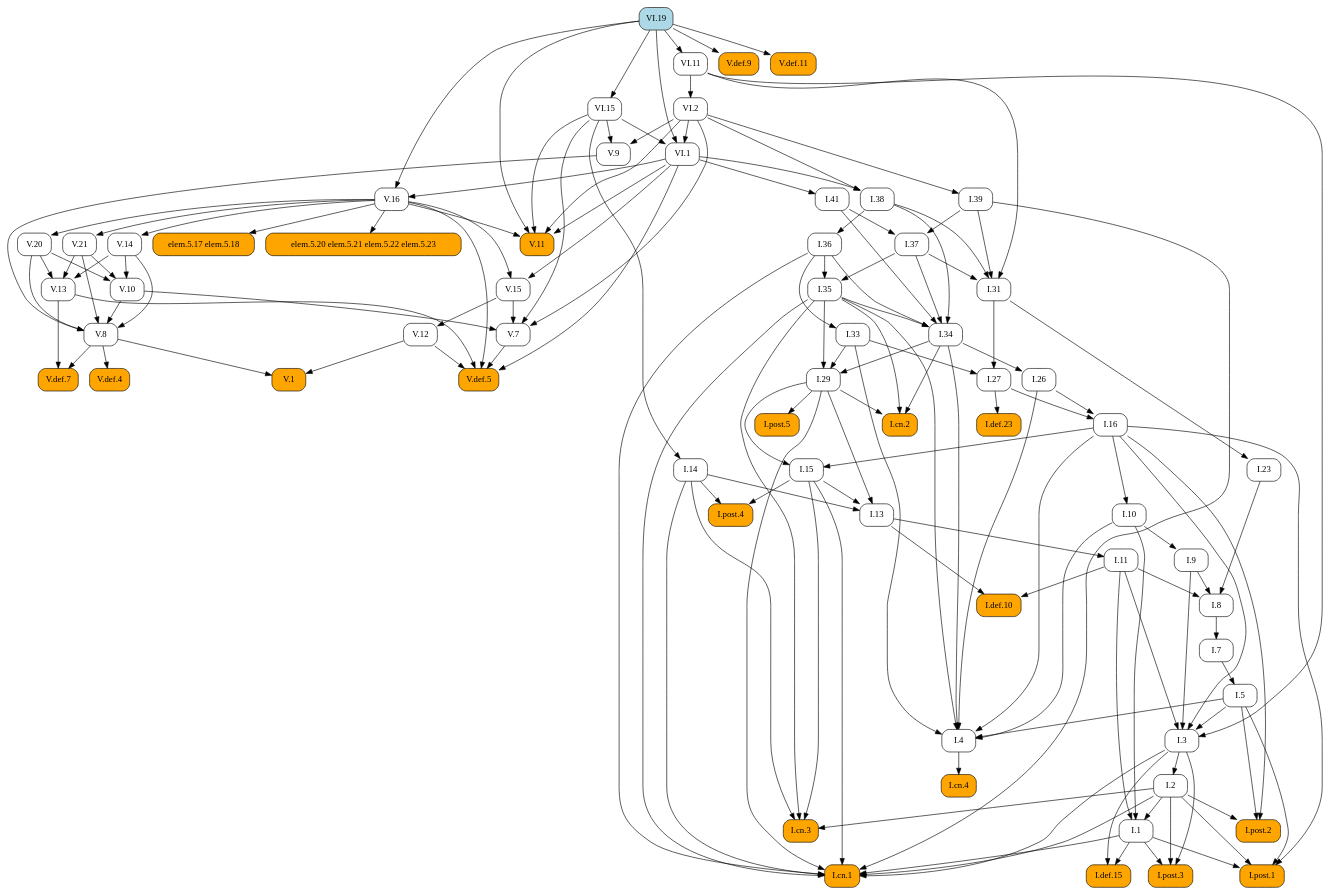
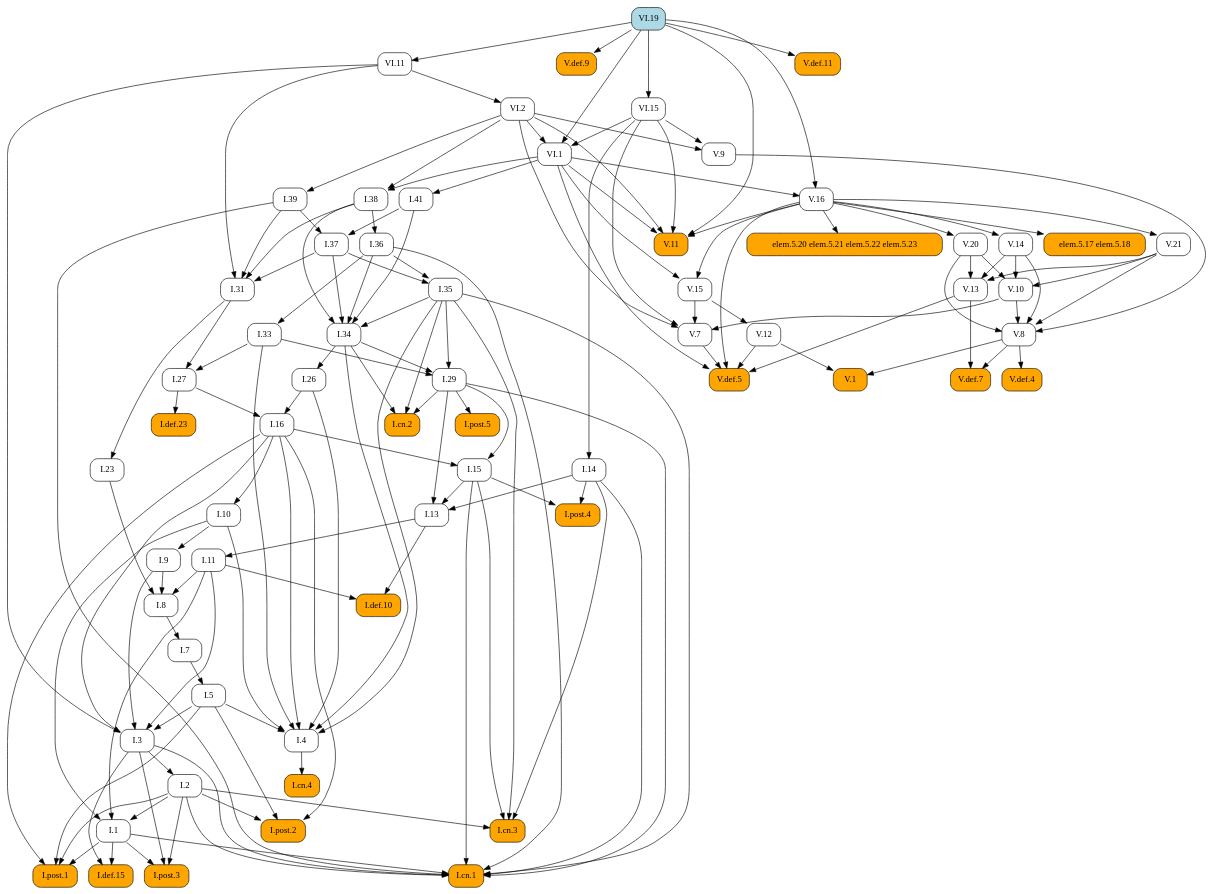
The diagram in docsrc/elements2/VI/19/index.rst (geometor/elements), drawn with Graphviz before and after one commit. The commit also changed other lines of this file and 409 other files, not shown here.

First line of the commit message:
feat: Add image cropping and graphic extraction script

```diff
--- a/docsrc/elements2/VI/19/index.rst
+++ b/docsrc/elements2/VI/19/index.rst
@@ -61,156 +61,103 @@
    digraph {
      rankdir="TB";
      node [shape=box, style=rounded];
+     "I.37" [URL="/elements2/I/37/", target="_top"];
+     "V.21" [URL="/elements2/V/21/", target="_top"];
+     "I.31" [URL="/elements2/I/31/", target="_top"];
+     "I.cn.2" [style="rounded,filled", fillcolor=orange, URL="/elements2/I/cn.2/", target="_top"];
+     "I.41" [URL="/elements2/I/41/", target="_top"];
+     "V.10" [URL="/elements2/V/10/", target="_top"];
+     "I.8" [URL="/elements2/I/8/", target="_top"];
+     "V.8" [URL="/elements2/V/8/", target="_top"];
+     "VI.1" [URL="/elements2/VI/1/", target="_top"];
+     "I.15" [URL="/elements2/I/15/", target="_top"];
+     "I.5" [URL="/elements2/I/5/", target="_top"];
+     "V.def.7" [style="rounded,filled", fillcolor=orange, URL="/elements2/V/def.7/", target="_top"];
+     "V.def.9" [style="rounded,filled", fillcolor=orange, URL="/elements2/V/def.9/", target="_top"];
+     "V.12" [URL="/elements2/V/12/", target="_top"];
+     "I.26" [URL="/elements2/I/26/", target="_top"];
+     "I.cn.1" [style="rounded,filled", fillcolor=orange, URL="/elements2/I/cn.1/", target="_top"];
+     "elem.5.20 elem.5.21 elem.5.22 elem.5.23" [style="rounded,filled", fillcolor=orange];
+     "VI.11" [URL="/elements2/VI/11/", target="_top"];
+     "I.7" [URL="/elements2/I/7/", target="_top"];
+     "V.def.5" [style="rounded,filled", fillcolor=orange, URL="/elements2/V/def.5/", target="_top"];
+     "I.23" [URL="/elements2/I/23/", target="_top"];
+     "VI.15" [URL="/elements2/VI/15/", target="_top"];
+     "I.16" [URL="/elements2/I/16/", target="_top"];
+     "V.9" [URL="/elements2/V/9/", target="_top"];
+     "I.34" [URL="/elements2/I/34/", target="_top"];
+     "I.35" [URL="/elements2/I/35/", target="_top"];
+     "I.33" [URL="/elements2/I/33/", target="_top"];
+     "V.15" [URL="/elements2/V/15/", target="_top"];
+     "V.14" [URL="/elements2/V/14/", target="_top"];
+     "elem.5.17 elem.5.18" [style="rounded,filled", fillcolor=orange];
+     "I.def.15" [style="rounded,filled", fillcolor=orange, URL="/elements2/I/def.15/", target="_top"];
+     "I.38" [URL="/elements2/I/38/", target="_top"];
      "V.20" [URL="/elements2/V/20/", target="_top"];
-     "I.8" [URL="/elements2/I/8/", target="_top"];
-     "VI.19" [style="rounded,filled", fillcolor=lightblue, URL="/elements2/VI/19/", target="_top"];
-     "VI.15" [URL="/elements2/VI/15/", target="_top"];
-     "I.36" [URL="/elements2/I/36/", target="_top"];
-     "V.def.5" [style="rounded,filled", fillcolor=orange, URL="/elements2/V/def.5/", target="_top"];
-     "V.def.7" [style="rounded,filled", fillcolor=orange, URL="/elements2/V/def.7/", target="_top"];
-     "V.def.4" [style="rounded,filled", fillcolor=orange, URL="/elements2/V/def.4/", target="_top"];
-     "I.14" [URL="/elements2/I/14/", target="_top"];
-     "I.post.1" [style="rounded,filled", fillcolor=orange, URL="/elements2/I/post.1/", target="_top"];
-     "I.33" [URL="/elements2/I/33/", target="_top"];
-     "I.5" [URL="/elements2/I/5/", target="_top"];
-     "I.38" [URL="/elements2/I/38/", target="_top"];
-     "elem.5.17 elem.5.18" [style="rounded,filled", fillcolor=orange];
-     "VI.1" [URL="/elements2/VI/1/", target="_top"];
-     "V.11" [style="rounded,filled", fillcolor=orange, URL="/elements2/V/11/", target="_top"];
-     "V.13" [URL="/elements2/V/13/", target="_top"];
+     "I.def.23" [style="rounded,filled", fillcolor=orange, URL="/elements2/I/def.23/", target="_top"];
+     "I.11" [URL="/elements2/I/11/", target="_top"];
+     "V.16" [URL="/elements2/V/16/", target="_top"];
      "I.def.10" [style="rounded,filled", fillcolor=orange, URL="/elements2/I/def.10/", target="_top"];
      "I.post.5" [style="rounded,filled", fillcolor=orange, URL="/elements2/I/post.5/", target="_top"];
-     "I.cn.2" [style="rounded,filled", fillcolor=orange, URL="/elements2/I/cn.2/", target="_top"];
-     "VI.11" [URL="/elements2/VI/11/", target="_top"];
-     "V.9" [URL="/elements2/V/9/", target="_top"];
-     "V.16" [URL="/elements2/V/16/", target="_top"];
-     "I.def.15" [style="rounded,filled", fillcolor=orange, URL="/elements2/I/def.15/", target="_top"];
-     "V.15" [URL="/elements2/V/15/", target="_top"];
-     "I.31" [URL="/elements2/I/31/", target="_top"];
-     "I.11" [URL="/elements2/I/11/", target="_top"];
      "I.3" [URL="/elements2/I/3/", target="_top"];
+     "I.14" [URL="/elements2/I/14/", target="_top"];
+     "I.10" [URL="/elements2/I/10/", target="_top"];
+     "V.11" [style="rounded,filled", fillcolor=orange, URL="/elements2/V/11/", target="_top"];
+     "I.cn.3" [style="rounded,filled", fillcolor=orange, URL="/elements2/I/cn.3/", target="_top"];
+     "I.13" [URL="/elements2/I/13/", target="_top"];
+     "I.post.3" [style="rounded,filled", fillcolor=orange, URL="/elements2/I/post.3/", target="_top"];
+     "I.4" [URL="/elements2/I/4/", target="_top"];
+     "I.9" [URL="/elements2/I/9/", target="_top"];
+     "I.29" [URL="/elements2/I/29/", target="_top"];
+     "I.39" [URL="/elements2/I/39/", target="_top"];
+     "V.13" [URL="/elements2/V/13/", target="_top"];
+     "I.36" [URL="/elements2/I/36/", target="_top"];
+     "I.2" [URL="/elements2/I/2/", target="_top"];
+     "I.post.1" [style="rounded,filled", fillcolor=orange, URL="/elements2/I/post.1/", target="_top"];
+     "V.def.11" [style="rounded,filled", fillcolor=orange, URL="/elements2/V/def.11/", target="_top"];
+     "V.def.4" [style="rounded,filled", fillcolor=orange, URL="/elements2/V/def.4/", target="_top"];
+     "VI.2" [URL="/elements2/VI/2/", target="_top"];
+     "I.27" [URL="/elements2/I/27/", target="_top"];
+     "V.1" [style="rounded,filled", fillcolor=orange, URL="/elements2/V/1/", target="_top"];
+     "I.1" [URL="/elements2/I/1/", target="_top"];
+     "I.post.4" [style="rounded,filled", fillcolor=orange, URL="/elements2/I/post.4/", target="_top"];
+     "V.7" [URL="/elements2/V/7/", target="_top"];
+     "I.cn.4" [style="rounded,filled", fillcolor=orange, URL="/elements2/I/cn.4/", target="_top"];
      "I.post.2" [style="rounded,filled", fillcolor=orange, URL="/elements2/I/post.2/", target="_top"];
-     "I.def.23" [style="rounded,filled", fillcolor=orange, URL="/elements2/I/def.23/", target="_top"];
-     "I.26" [URL="/elements2/I/26/", target="_top"];
-     "V.14" [URL="/elements2/V/14/", target="_top"];
-     "V.10" [URL="/elements2/V/10/", target="_top"];
-     "I.cn.3" [style="rounded,filled", fillcolor=orange, URL="/elements2/I/cn.3/", target="_top"];
-     "I.1" [URL="/elements2/I/1/", target="_top"];
-     "I.cn.4" [style="rounded,filled", fillcolor=orange, URL="/elements2/I/cn.4/", target="_top"];
-     "I.7" [URL="/elements2/I/7/", target="_top"];
-     "I.9" [URL="/elements2/I/9/", target="_top"];
-     "V.def.9" [style="rounded,filled", fillcolor=orange, URL="/elements2/V/def.9/", target="_top"];
-     "I.16" [URL="/elements2/I/16/", target="_top"];
-     "V.7" [URL="/elements2/V/7/", target="_top"];
-     "I.cn.1" [style="rounded,filled", fillcolor=orange, URL="/elements2/I/cn.1/", target="_top"];
-     "elem.5.20 elem.5.21 elem.5.22 elem.5.23" [style="rounded,filled", fillcolor=orange];
-     "V.21" [URL="/elements2/V/21/", target="_top"];
-     "V.12" [URL="/elements2/V/12/", target="_top"];
-     "I.13" [URL="/elements2/I/13/", target="_top"];
-     "I.post.4" [style="rounded,filled", fillcolor=orange, URL="/elements2/I/post.4/", target="_top"];
-     "V.1" [style="rounded,filled", fillcolor=orange, URL="/elements2/V/1/", target="_top"];
-     "I.41" [URL="/elements2/I/41/", target="_top"];
-     "I.29" [URL="/elements2/I/29/", target="_top"];
-     "I.2" [URL="/elements2/I/2/", target="_top"];
-     "I.35" [URL="/elements2/I/35/", target="_top"];
-     "I.37" [URL="/elements2/I/37/", target="_top"];
-     "I.27" [URL="/elements2/I/27/", target="_top"];
-     "I.4" [URL="/elements2/I/4/", target="_top"];
-     "V.8" [URL="/elements2/V/8/", target="_top"];
-     "VI.2" [URL="/elements2/VI/2/", target="_top"];
-     "I.39" [URL="/elements2/I/39/", target="_top"];
-     "I.10" [URL="/elements2/I/10/", target="_top"];
-     "I.15" [URL="/elements2/I/15/", target="_top"];
-     "V.def.11" [style="rounded,filled", fillcolor=orange, URL="/elements2/V/def.11/", target="_top"];
-     "I.34" [URL="/elements2/I/34/", target="_top"];
-     "I.23" [URL="/elements2/I/23/", target="_top"];
-     "I.post.3" [style="rounded,filled", fillcolor=orange, URL="/elements2/I/post.3/", target="_top"];
-     "V.16" -> "V.20";
-     "I.9" -> "I.8";
-     "I.11" -> "I.8";
-     "I.23" -> "I.8";
-     "VI.19" -> "VI.15";
-     "I.38" -> "I.36";
-     "V.7" -> "V.def.5";
-     "V.12" -> "V.def.5";
-     "V.13" -> "V.def.5";
-     "V.16" -> "V.def.5";
-     "VI.1" -> "V.def.5";
-     "V.8" -> "V.def.7";
-     "V.13" -> "V.def.7";
-     "V.8" -> "V.def.4";
-     "VI.15" -> "I.14";
-     "I.1" -> "I.post.1";
-     "I.2" -> "I.post.1";
-     "I.5" -> "I.post.1";
-     "I.16" -> "I.post.1";
-     "I.36" -> "I.33";
-     "I.7" -> "I.5";
-     "VI.1" -> "I.38";
-     "VI.2" -> "I.38";
-     "V.16" -> "elem.5.17 elem.5.18";
-     "VI.2" -> "VI.1";
-     "VI.15" -> "VI.1";
-     "VI.19" -> "VI.1";
-     "V.16" -> "V.11";
-     "VI.1" -> "V.11";
-     "VI.2" -> "V.11";
-     "VI.15" -> "V.11";
-     "VI.19" -> "V.11";
-     "V.14" -> "V.13";
-     "V.20" -> "V.13";
-     "V.21" -> "V.13";
-     "I.11" -> "I.def.10";
-     "I.13" -> "I.def.10";
-     "I.29" -> "I.post.5";
-     "I.29" -> "I.cn.2";
-     "I.34" -> "I.cn.2";
-     "I.35" -> "I.cn.2";
-     "VI.19" -> "VI.11";
-     "VI.2" -> "V.9";
-     "VI.15" -> "V.9";
-     "VI.1" -> "V.16";
-     "VI.19" -> "V.16";
-     "I.1" -> "I.def.15";
-     "I.3" -> "I.def.15";
-     "V.16" -> "V.15";
-     "VI.1" -> "V.15";
+     "VI.19" [style="rounded,filled", fillcolor=lightblue, URL="/elements2/VI/19/", target="_top"];
+     "I.39" -> "I.37";
+     "I.41" -> "I.37";
+     "V.16" -> "V.21";
      "I.37" -> "I.31";
      "I.38" -> "I.31";
      "I.39" -> "I.31";
      "VI.11" -> "I.31";
-     "I.13" -> "I.11";
-     "I.5" -> "I.3";
-     "I.9" -> "I.3";
-     "I.11" -> "I.3";
-     "I.16" -> "I.3";
-     "VI.11" -> "I.3";
-     "I.2" -> "I.post.2";
-     "I.5" -> "I.post.2";
-     "I.16" -> "I.post.2";
-     "I.27" -> "I.def.23";
-     "I.34" -> "I.26";
-     "V.16" -> "V.14";
+     "I.29" -> "I.cn.2";
+     "I.34" -> "I.cn.2";
+     "I.35" -> "I.cn.2";
+     "VI.1" -> "I.41";
      "V.14" -> "V.10";
      "V.20" -> "V.10";
      "V.21" -> "V.10";
-     "I.2" -> "I.cn.3";
-     "I.14" -> "I.cn.3";
-     "I.15" -> "I.cn.3";
-     "I.35" -> "I.cn.3";
-     "I.2" -> "I.1";
-     "I.10" -> "I.1";
-     "I.11" -> "I.1";
-     "I.4" -> "I.cn.4";
-     "I.8" -> "I.7";
-     "I.10" -> "I.9";
+     "I.9" -> "I.8";
+     "I.11" -> "I.8";
+     "I.23" -> "I.8";
+     "V.9" -> "V.8";
+     "V.10" -> "V.8";
+     "V.14" -> "V.8";
+     "V.20" -> "V.8";
+     "V.21" -> "V.8";
+     "VI.2" -> "VI.1";
+     "VI.15" -> "VI.1";
+     "VI.19" -> "VI.1";
+     "I.16" -> "I.15";
+     "I.29" -> "I.15";
+     "I.7" -> "I.5";
+     "V.8" -> "V.def.7";
+     "V.13" -> "V.def.7";
      "VI.19" -> "V.def.9";
-     "I.26" -> "I.16";
-     "I.27" -> "I.16";
-     "V.10" -> "V.7";
-     "V.15" -> "V.7";
-     "VI.2" -> "V.7";
-     "VI.15" -> "V.7";
+     "V.15" -> "V.12";
+     "I.34" -> "I.26";
      "I.1" -> "I.cn.1";
      "I.2" -> "I.cn.1";
      "I.3" -> "I.cn.1";
@@ -221,26 +168,65 @@
      "I.36" -> "I.cn.1";
      "I.39" -> "I.cn.1";
      "V.16" -> "elem.5.20 elem.5.21 elem.5.22 elem.5.23";
-     "V.16" -> "V.21";
-     "V.15" -> "V.12";
+     "VI.19" -> "VI.11";
+     "I.8" -> "I.7";
+     "V.7" -> "V.def.5";
+     "V.12" -> "V.def.5";
+     "V.13" -> "V.def.5";
+     "V.16" -> "V.def.5";
+     "VI.1" -> "V.def.5";
+     "I.31" -> "I.23";
+     "VI.19" -> "VI.15";
+     "I.26" -> "I.16";
+     "I.27" -> "I.16";
+     "VI.2" -> "V.9";
+     "VI.15" -> "V.9";
+     "I.35" -> "I.34";
+     "I.36" -> "I.34";
+     "I.37" -> "I.34";
+     "I.38" -> "I.34";
+     "I.41" -> "I.34";
+     "I.36" -> "I.35";
+     "I.37" -> "I.35";
+     "I.36" -> "I.33";
+     "V.16" -> "V.15";
+     "VI.1" -> "V.15";
+     "V.16" -> "V.14";
+     "V.16" -> "elem.5.17 elem.5.18";
+     "I.1" -> "I.def.15";
+     "I.3" -> "I.def.15";
+     "VI.1" -> "I.38";
+     "VI.2" -> "I.38";
+     "V.16" -> "V.20";
+     "I.27" -> "I.def.23";
+     "I.13" -> "I.11";
+     "VI.1" -> "V.16";
+     "VI.19" -> "V.16";
+     "I.11" -> "I.def.10";
+     "I.13" -> "I.def.10";
+     "I.29" -> "I.post.5";
+     "I.5" -> "I.3";
+     "I.9" -> "I.3";
+     "I.11" -> "I.3";
+     "I.16" -> "I.3";
+     "VI.11" -> "I.3";
+     "VI.15" -> "I.14";
+     "I.16" -> "I.10";
+     "V.16" -> "V.11";
+     "VI.1" -> "V.11";
+     "VI.2" -> "V.11";
+     "VI.15" -> "V.11";
+     "VI.19" -> "V.11";
+     "I.2" -> "I.cn.3";
+     "I.14" -> "I.cn.3";
+     "I.15" -> "I.cn.3";
+     "I.35" -> "I.cn.3";
      "I.14" -> "I.13";
      "I.15" -> "I.13";
      "I.29" -> "I.13";
-     "I.14" -> "I.post.4";
-     "I.15" -> "I.post.4";
-     "V.8" -> "V.1";
-     "V.12" -> "V.1";
-     "VI.1" -> "I.41";
-     "I.33" -> "I.29";
-     "I.34" -> "I.29";
-     "I.35" -> "I.29";
-     "I.3" -> "I.2";
-     "I.36" -> "I.35";
-     "I.37" -> "I.35";
-     "I.39" -> "I.37";
-     "I.41" -> "I.37";
-     "I.31" -> "I.27";
-     "I.33" -> "I.27";
+     "I.1" -> "I.post.3";
+     "I.2" -> "I.post.3";
+     "I.3" -> "I.post.3";
      "I.5" -> "I.4";
      "I.10" -> "I.4";
      "I.16" -> "I.4";
@@ -248,24 +234,38 @@
      "I.33" -> "I.4";
      "I.34" -> "I.4";
      "I.35" -> "I.4";
-     "V.9" -> "V.8";
-     "V.10" -> "V.8";
-     "V.14" -> "V.8";
-     "V.20" -> "V.8";
-     "V.21" -> "V.8";
+     "I.10" -> "I.9";
+     "I.33" -> "I.29";
+     "I.34" -> "I.29";
+     "I.35" -> "I.29";
+     "VI.2" -> "I.39";
+     "V.14" -> "V.13";
+     "V.20" -> "V.13";
+     "V.21" -> "V.13";
+     "I.38" -> "I.36";
+     "I.3" -> "I.2";
+     "I.1" -> "I.post.1";
+     "I.2" -> "I.post.1";
+     "I.5" -> "I.post.1";
+     "I.16" -> "I.post.1";
+     "VI.19" -> "V.def.11";
+     "V.8" -> "V.def.4";
      "VI.11" -> "VI.2";
-     "VI.2" -> "I.39";
-     "I.16" -> "I.10";
-     "I.16" -> "I.15";
-     "I.29" -> "I.15";
-     "VI.19" -> "V.def.11";
-     "I.35" -> "I.34";
-     "I.36" -> "I.34";
-     "I.37" -> "I.34";
-     "I.38" -> "I.34";
-     "I.41" -> "I.34";
-     "I.31" -> "I.23";
-     "I.1" -> "I.post.3";
-     "I.2" -> "I.post.3";
-     "I.3" -> "I.post.3";
+     "I.31" -> "I.27";
+     "I.33" -> "I.27";
+     "V.8" -> "V.1";
+     "V.12" -> "V.1";
+     "I.2" -> "I.1";
+     "I.10" -> "I.1";
+     "I.11" -> "I.1";
+     "I.14" -> "I.post.4";
+     "I.15" -> "I.post.4";
+     "V.10" -> "V.7";
+     "V.15" -> "V.7";
+     "VI.2" -> "V.7";
+     "VI.15" -> "V.7";
+     "I.4" -> "I.cn.4";
+     "I.2" -> "I.post.2";
+     "I.5" -> "I.post.2";
+     "I.16" -> "I.post.2";
    }
```
